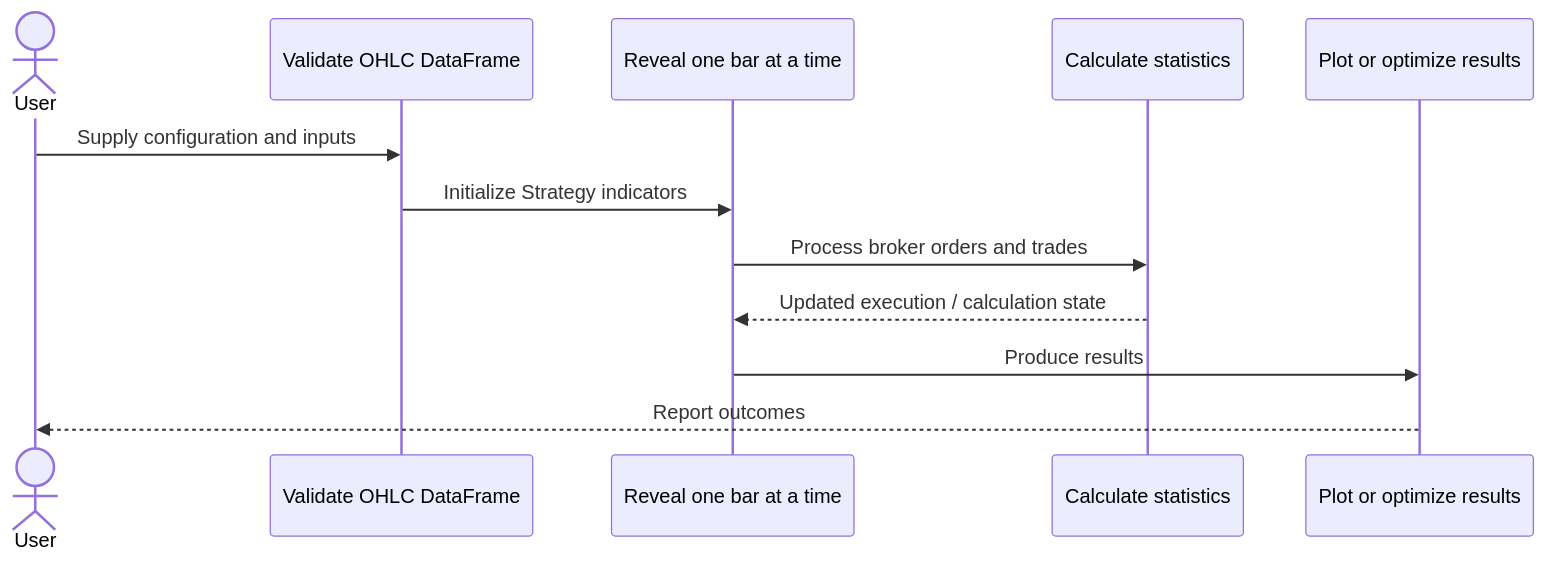
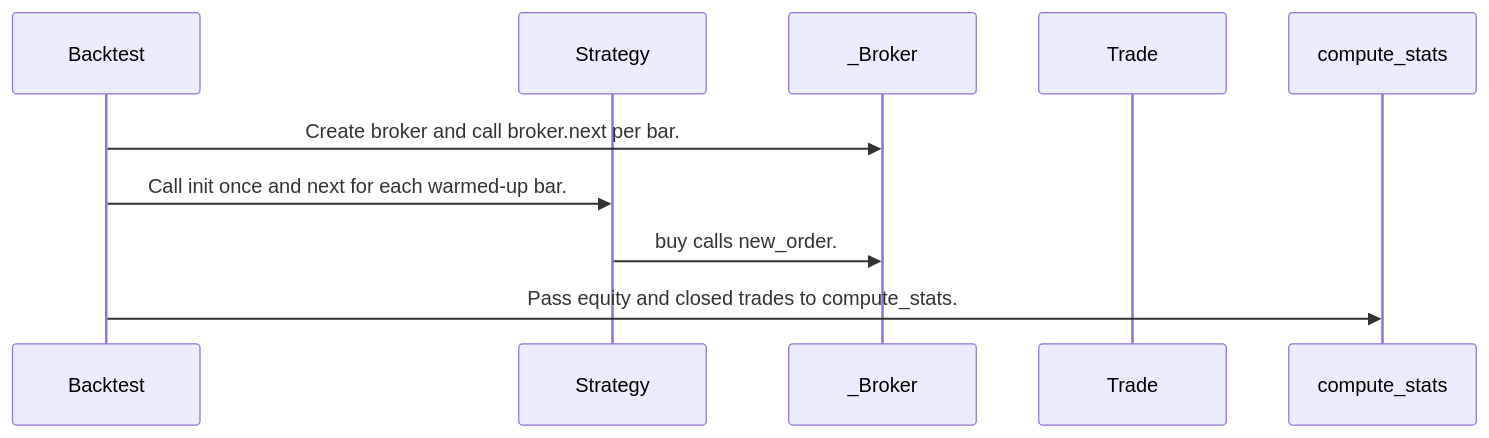
Before and after one commit to alexcwyu/backtesting.py: the fourth of 4 diagrams in docs/ayu-develop.md, drawn with Mermaid. The commit also changed other lines of this file and 10 other files, not shown here.

Commit message:
docs: standardize source-reviewed system guides and offline diagrams

````diff
--- a/docs/ayu-develop.md
+++ b/docs/ayu-develop.md
@@ -130,14 +159,12 @@
 ```mermaid
 sequenceDiagram
-    actor User
-    participant Entry as Validate OHLC DataFrame
-    participant Process as Reveal one bar at a time
-    participant State as Calculate statistics
-    participant Output as Plot or optimize results
-    User->>Entry: Supply configuration and inputs
-    Entry->>Process: Initialize Strategy indicators
-    Process->>State: Process broker orders and trades
-    State-->>Process: Updated execution / calculation state
-    Process->>Output: Produce results
-    Output-->>User: Report outcomes
+  participant N0 as Backtest
+  participant N1 as Strategy
+  participant N2 as _Broker
+  participant N3 as Trade
+  participant N4 as compute_stats
+  N0->>N2: Create broker and call broker.next per bar.
+  N0->>N1: Call init once and next for each warmed-up bar.
+  N1->>N2: buy calls new_order.
+  N0->>N4: Pass equity and closed trades to compute_stats.
 ```
````
